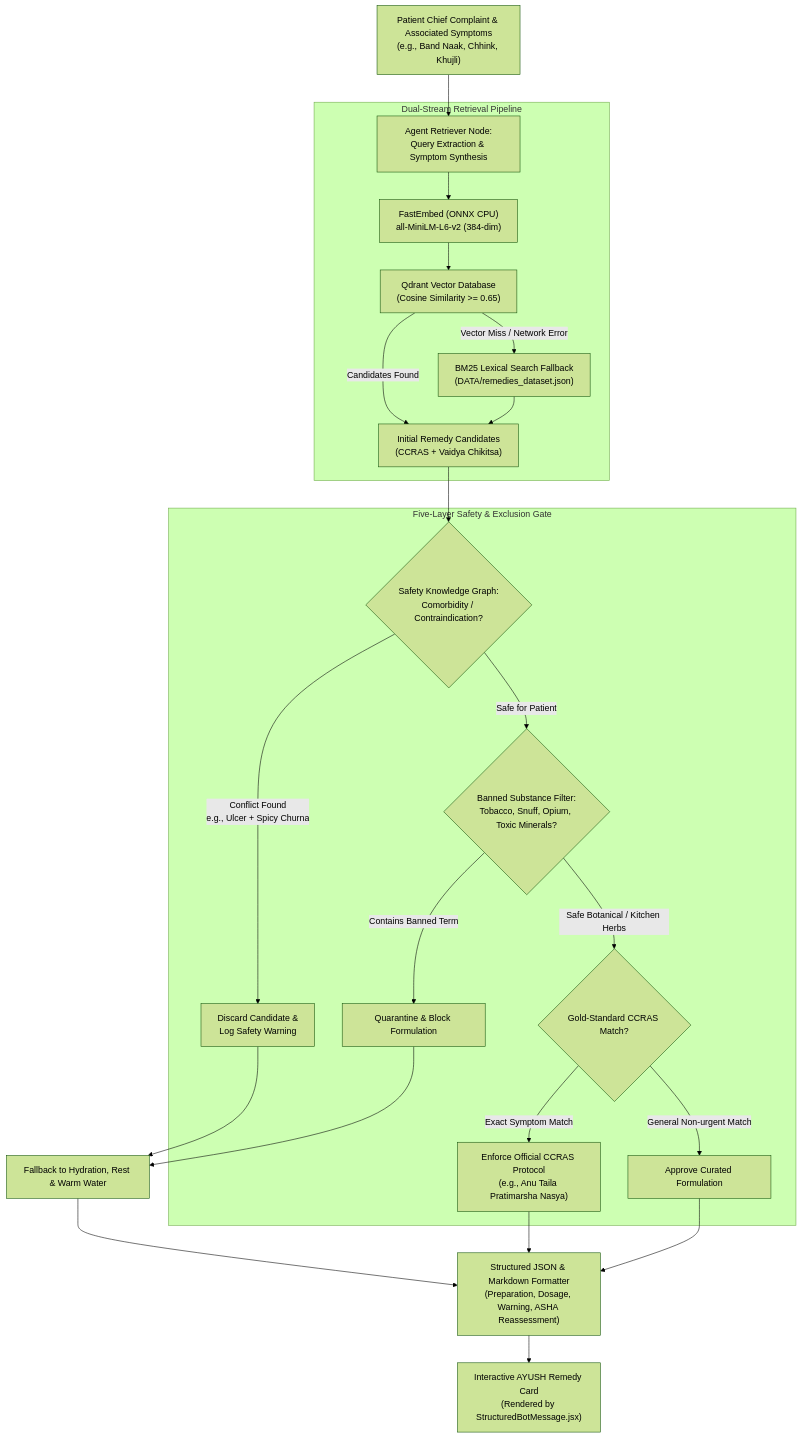
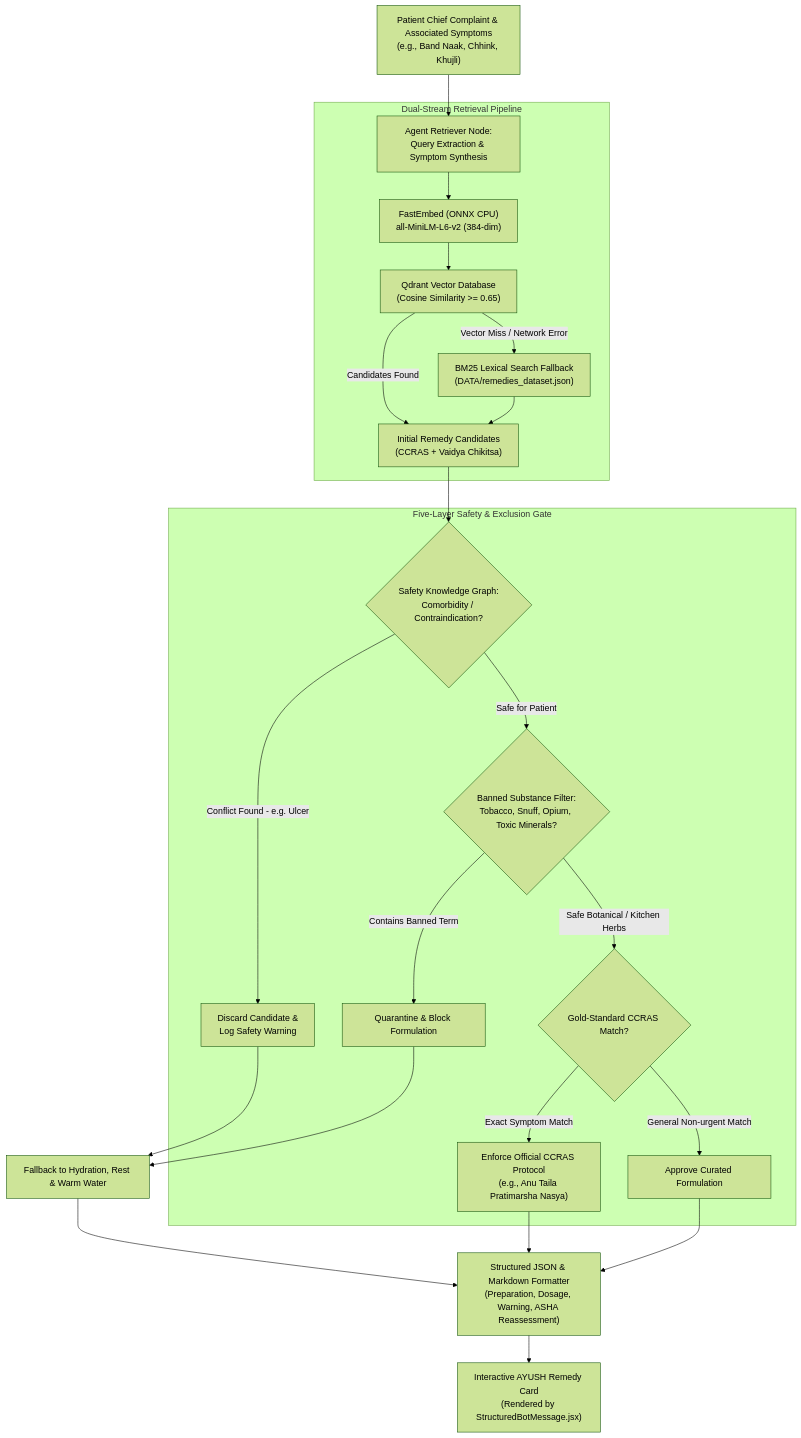
One commit to Sachinsingh198/Sanjeevani changed the diagram in Documentation/06_AYUSH_HYBRID_RAG_AND_KNOWLEDGE_STORE.md. Above: the diagram before and after it, drawn with Mermaid (forest theme). The commit also changed 4 other files, not shown here.

````diff
--- a/Documentation/06_AYUSH_HYBRID_RAG_AND_KNOWLEDGE_STORE.md
+++ b/Documentation/06_AYUSH_HYBRID_RAG_AND_KNOWLEDGE_STORE.md
@@ -134,31 +134,31 @@
 ```mermaid
 flowchart TD
     PatientSymptoms["Patient Chief Complaint & Associated Symptoms\n(e.g., Band Naak, Chhink, Khujli)"] --> QueryExtract["Agent Retriever Node:\nQuery Extraction & Symptom Synthesis"]
 
     subgraph DualRetrieval ["Dual-Stream Retrieval Pipeline"]
         QueryExtract --> FastEmbed["FastEmbed (ONNX CPU)\nall-MiniLM-L6-v2 (384-dim)"]
         FastEmbed --> Qdrant["Qdrant Vector Database\n(Cosine Similarity >= 0.65)"]
         Qdrant -->|Candidates Found| Candidates["Initial Remedy Candidates\n(CCRAS + Vaidya Chikitsa)"]
         Qdrant -->|Vector Miss / Network Error| BM25["BM25 Lexical Search Fallback\n(DATA/remedies_dataset.json)"]
         BM25 --> Candidates
     end
 
     subgraph SafetyGate ["Five-Layer Safety & Exclusion Gate"]
         Candidates --> KGValidation{"Safety Knowledge Graph:\nComorbidity / Contraindication?"}
-        KGValidation -->|Conflict Found\ne.g., Ulcer + Spicy Churna| RejectKG["Discard Candidate &\nLog Safety Warning"]
+        KGValidation -->|Conflict Found - e.g. Ulcer| RejectKG["Discard Candidate &\nLog Safety Warning"]
         KGValidation -->|Safe for Patient| SubstanceFilter{"Banned Substance Filter:\nTobacco, Snuff, Opium, Toxic Minerals?"}
         SubstanceFilter -->|Contains Banned Term| RejectToxic["Quarantine & Block Formulation"]
         SubstanceFilter -->|Safe Botanical / Kitchen Herbs| GoldStandard{"Gold-Standard CCRAS Match?"}
         GoldStandard -->|Exact Symptom Match| ApplyCCRAS["Enforce Official CCRAS Protocol\n(e.g., Anu Taila Pratimarsha Nasya)"]
         GoldStandard -->|General Non-urgent Match| AcceptGeneral["Approve Curated Formulation"]
     end
 
     RejectKG --> SafeFallback["Fallback to Hydration, Rest & Warm Water"]
     RejectToxic --> SafeFallback
 
     ApplyCCRAS --> StructuredFormatter["Structured JSON & Markdown Formatter\n(Preparation, Dosage, Warning, ASHA Reassessment)"]
     AcceptGeneral --> StructuredFormatter
     SafeFallback --> StructuredFormatter
 
     StructuredFormatter --> FinalCard["Interactive AYUSH Remedy Card\n(Rendered by StructuredBotMessage.jsx)"]
 ```
````
